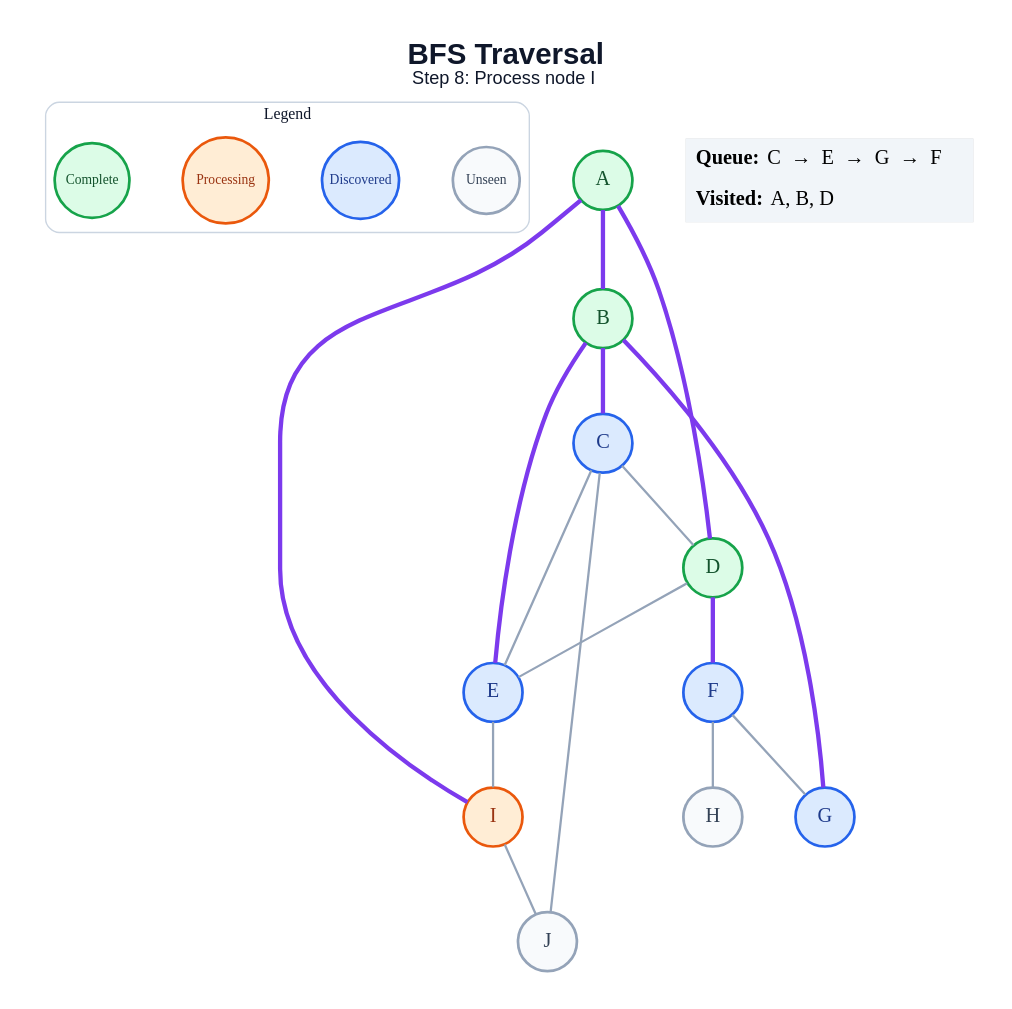
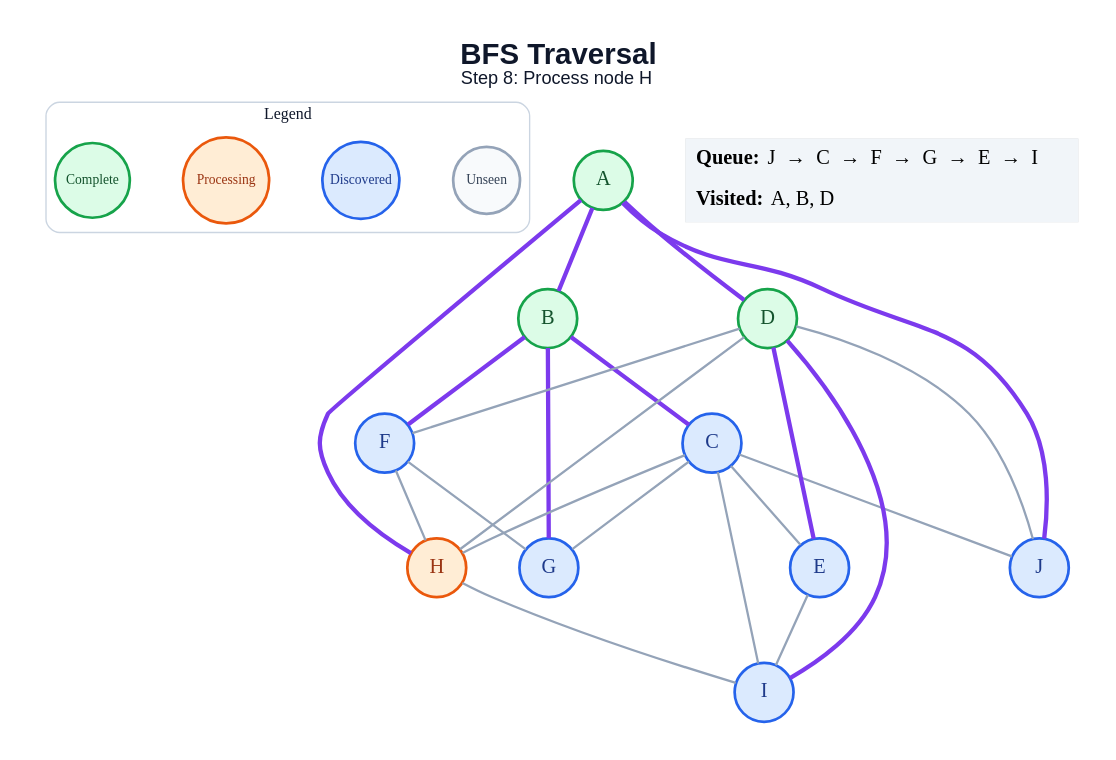
The diagram in generated/bfs/step_08.dot (anon7238593-create/ai-slop), drawn with Graphviz before and after one commit. The commit also changed 171 other files, not shown here.

```diff
--- a/generated/bfs/step_08.dot
+++ b/generated/bfs/step_08.dot
@@ -1,44 +1,50 @@
 graph traversal {
   graph [layout=dot, rankdir=TB, bgcolor="#FFFFFF", pad="0.35", nodesep="0.65", ranksep="0.8", fontname="Arial"];
   node [shape=circle, style="filled", fontname="Arial Bold", fontsize=18, width=0.72, fixedsize=true, penwidth=2.4];
   edge [color="#94A3B8", penwidth=2.0];
-  label=<<B>BFS Traversal</B><BR/><FONT POINT-SIZE="16">Step 8: Process node I</FONT>>; labelloc="t"; fontsize=26; fontname="Arial"; fontcolor="#0F172A";
+  label=<<B>BFS Traversal</B><BR/><FONT POINT-SIZE="16">Step 8: Process node H</FONT>>; labelloc="t"; fontsize=26; fontname="Arial"; fontcolor="#0F172A";
   subgraph cluster_legend { label="Legend"; color="#CBD5E1"; penwidth=1.2; style="rounded"; fontsize=14; fontname="Arial Bold";
     key_unseen [label="Unseen", fillcolor="#F8FAFC", color="#94A3B8", fontcolor="#334155", fontsize=12, width=0.82];
     key_frontier [label="Discovered", fillcolor="#DBEAFE", color="#2563EB", fontcolor="#1E3A8A", fontsize=12, width=0.95];
     key_current [label="Processing", fillcolor="#FFEDD5", color="#EA580C", fontcolor="#9A3412", fontsize=12, width=1.05];
     key_done [label="Complete", fillcolor="#DCFCE7", color="#16A34A", fontcolor="#14532D", fontsize=12, width=0.92];
     { rank=same; key_unseen; key_frontier; key_current; key_done; }
   }
   A [fillcolor="#DCFCE7", color="#16A34A", fontcolor="#14532D"];
   B [fillcolor="#DCFCE7", color="#16A34A", fontcolor="#14532D"];
   C [fillcolor="#DBEAFE", color="#2563EB", fontcolor="#1E3A8A"];
   D [fillcolor="#DCFCE7", color="#16A34A", fontcolor="#14532D"];
   E [fillcolor="#DBEAFE", color="#2563EB", fontcolor="#1E3A8A"];
   F [fillcolor="#DBEAFE", color="#2563EB", fontcolor="#1E3A8A"];
   G [fillcolor="#DBEAFE", color="#2563EB", fontcolor="#1E3A8A"];
-  H [fillcolor="#F8FAFC", color="#94A3B8", fontcolor="#334155"];
-  I [fillcolor="#FFEDD5", color="#EA580C", fontcolor="#9A3412"];
-  J [fillcolor="#F8FAFC", color="#94A3B8", fontcolor="#334155"];
+  H [fillcolor="#FFEDD5", color="#EA580C", fontcolor="#9A3412"];
+  I [fillcolor="#DBEAFE", color="#2563EB", fontcolor="#1E3A8A"];
+  J [fillcolor="#DBEAFE", color="#2563EB", fontcolor="#1E3A8A"];
   A -- B [color="#7C3AED", penwidth=3.8];
   A -- D [color="#7C3AED", penwidth=3.8];
-  A -- I [color="#7C3AED", penwidth=3.8];
+  A -- H [color="#7C3AED", penwidth=3.8];
+  A -- J [color="#7C3AED", penwidth=3.8];
   B -- C [color="#7C3AED", penwidth=3.8];
-  B -- E [color="#7C3AED", penwidth=3.8];
+  B -- F [color="#7C3AED", penwidth=3.8];
   B -- G [color="#7C3AED", penwidth=3.8];
-  C -- D;
   C -- E;
+  C -- G;
+  C -- H;
+  C -- I;
   C -- J;
-  D -- E;
-  D -- F [color="#7C3AED", penwidth=3.8];
+  D -- E [color="#7C3AED", penwidth=3.8];
+  D -- F;
+  D -- H;
+  D -- I [color="#7C3AED", penwidth=3.8];
+  D -- J;
   E -- I;
   F -- G;
   F -- H;
-  I -- J;
+  H -- I;
   status [shape=plain, fixedsize=false, width=0, height=0, margin=0, label=<
     <TABLE BORDER="0" CELLBORDER="0" CELLPADDING="7" BGCOLOR="#F1F5F9">
-      <TR><TD ALIGN="LEFT"><B>Queue:</B> C  →  E  →  G  →  F</TD></TR>
+      <TR><TD ALIGN="LEFT"><B>Queue:</B> J  →  C  →  F  →  G  →  E  →  I</TD></TR>
       <TR><TD ALIGN="LEFT"><B>Visited:</B> A, B, D</TD></TR>
     </TABLE>
   >];
 }
```
